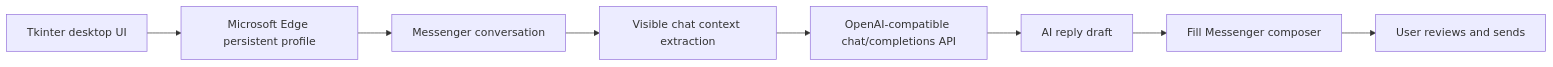
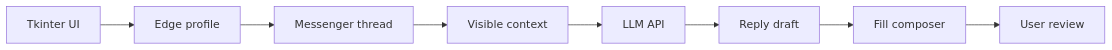
The diagram in README.md (lhlizdabezt/messenger-edge-tool), drawn with Mermaid before and after one commit. The commit also changed other lines of this file and 1 other file, not shown here.

````diff
--- a/README.md
+++ b/README.md
@@ -39,10 +33,10 @@
 ```mermaid
 flowchart LR
-    A["Tkinter desktop UI"] --> B["Microsoft Edge persistent profile"]
-    B --> C["Messenger conversation"]
-    C --> D["Visible chat context extraction"]
-    D --> E["OpenAI-compatible chat/completions API"]
-    E --> F["AI reply draft"]
-    F --> G["Fill Messenger composer"]
-    G --> H["User reviews and sends"]
+  A["Tkinter UI"] --> B["Edge profile"]
+  B --> C["Messenger thread"]
+  C --> D["Visible context"]
+  D --> E["LLM API"]
+  E --> F["Reply draft"]
+  F --> G["Fill composer"]
+  G --> H["User review"]
 ```
````
